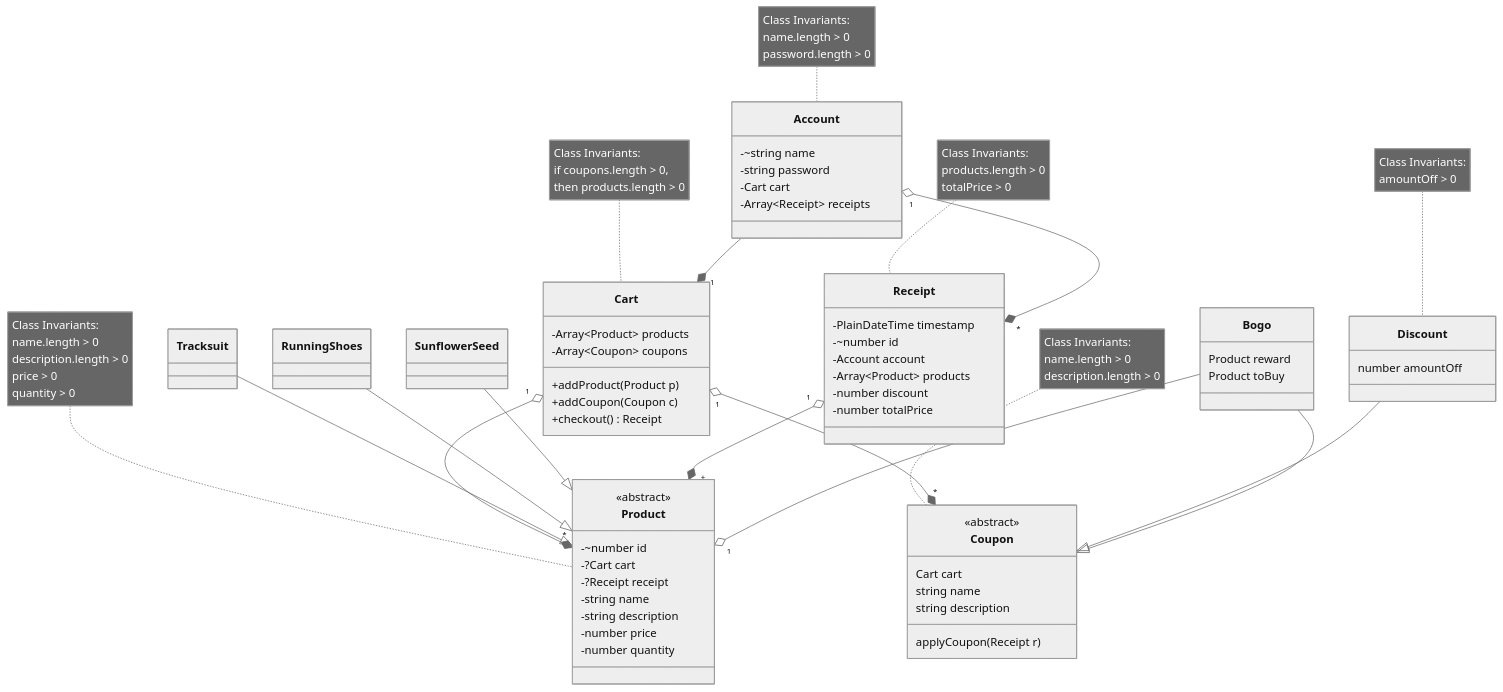
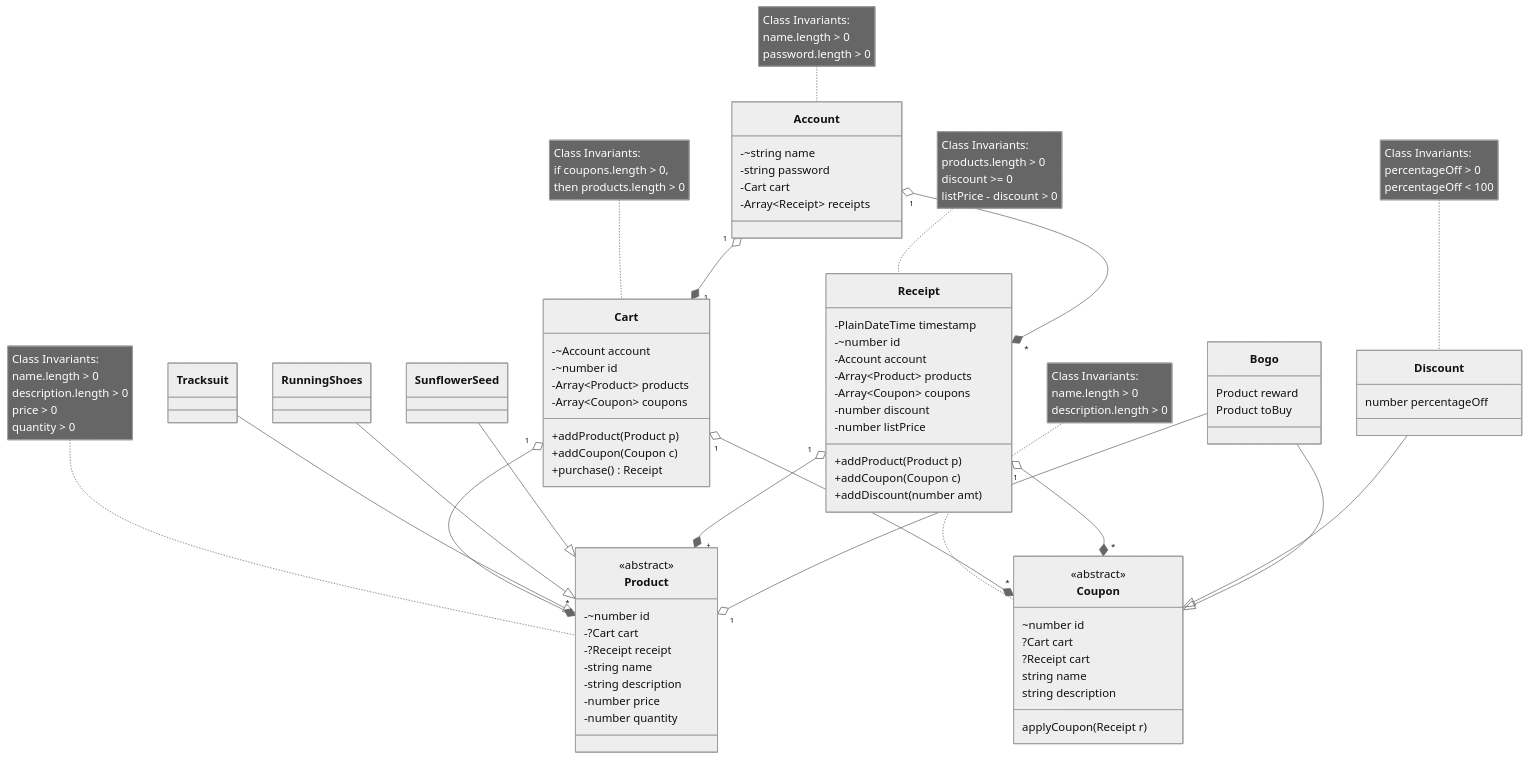
One commit to NarekVeranyan05/point_of_sale changed the diagram in domain.md. Above: the diagram before and after it, drawn with Mermaid (neutral theme). The commit also changed other lines of this file and 53 other files, not shown here.

```diff
--- a/domain.md
+++ b/domain.md
@@ -23,7 +26,7 @@
     -Array~Receipt~ receipts
 }
 
-Account --* "1" Cart
+Account "1" o--* "1" Cart
 Account "1" o--* "*" Receipt
 
 note for Account"Class Invariants:
@@ -32,12 +35,14 @@
 "
 
 class Cart {
+    -~Account account
+    -~number id
     -Array~Product~ products
     -Array~Coupon~ coupons
     
     +addProduct(Product p)
     +addCoupon(Coupon c)
-    +checkout() Receipt
+    +purchase() Receipt
 }
 
 Cart "1" o--* "*" Product
@@ -83,21 +88,30 @@
     -~number id
     -Account account
     -Array~Product~ products
+    -Array~Coupon~ coupons
     -number discount
-    -number totalPrice
+    -number listPrice
+    
+    +addProduct(Product p)
+    +addCoupon(Coupon c)
+    +addDiscount(number amt)
 }
 
 Receipt "1" o--* "+" Product
+Receipt "1" o--* "*" Coupon
 
 note for Receipt "Class Invariants:
     products.length > 0
-    totalPrice > 0
+    discount >= 0
+    listPrice - discount > 0
 "
 
 class Coupon {
     <<abstract>>
     
-    Cart cart
+    ~number id
+    ?Cart cart
+    ?Receipt cart
     string name
     string description
     
@@ -110,11 +124,12 @@
 "
 
 class Discount {
-    number amountOff
+    number percentageOff
 }
 
 note for Discount"Class Invariants:
-    amountOff > 0
+    percentageOff > 0
+    percentageOff < 100
 "
 
 Discount --|> Coupon
```
